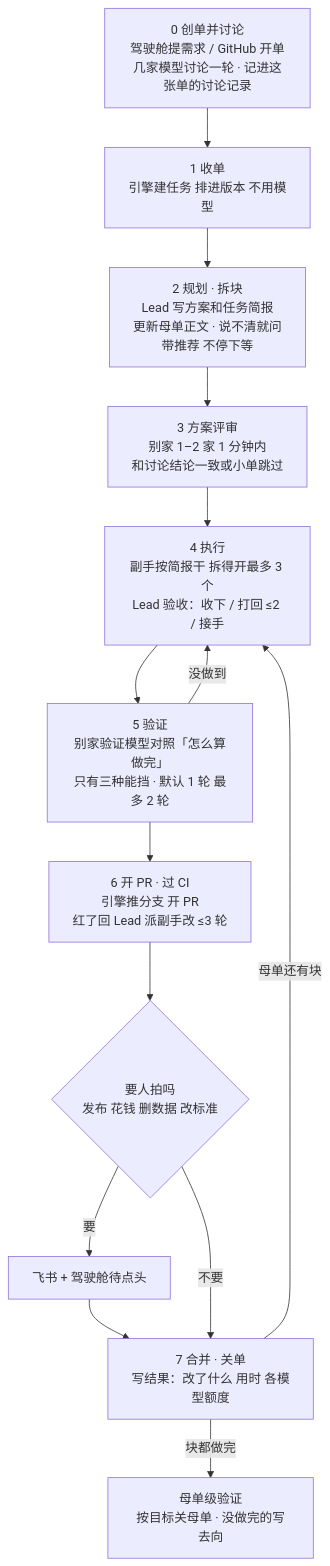
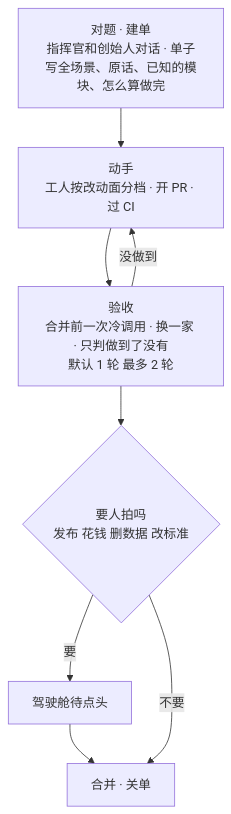
One commit to thoerwink8/fleet-dao changed the second of 2 diagrams in docs/design.md. Above: the diagram before and after it, drawn with Mermaid. The commit also changed other lines of this file and 25 other files, not shown here.

Commit message:
P9 文档减法：删 goals 要删的与附、design 决定索引与存根、ops WSL 节、writing.md、界面截图、五份旧进度，旧口径改现行，死指针改掉，因这些文字让会话读到已删的机制

````diff
--- a/docs/design.md
+++ b/docs/design.md
@@ -185,15 +144,9 @@
 ```mermaid
 flowchart TD
-  N[0 创单并讨论<br/>驾驶舱提需求 / GitHub 开单<br/>几家模型讨论一轮 · 记进这张单的讨论记录] --> R[1 收单<br/>引擎建任务 排进版本 不用模型]
-  R --> P[2 规划 · 拆块<br/>Lead 写方案和任务简报<br/>更新母单正文 · 说不清就问<br/>带推荐 不停下等]
-  P --> RV[3 方案评审<br/>别家 1–2 家 1 分钟内<br/>和讨论结论一致或小单跳过]
-  RV --> X[4 执行<br/>副手按简报干 拆得开最多 3 个<br/>Lead 验收：收下 / 打回 ≤2 / 接手]
-  X --> V[5 验证<br/>别家验证模型对照「怎么算做完」<br/>只有三种能挡 · 默认 1 轮 最多 2 轮]
-  V -- 没做到 --> X
-  V --> PR[6 开 PR · 过 CI<br/>引擎推分支 开 PR<br/>红了回 Lead 派副手改 ≤3 轮]
-  PR --> G{要人拍吗<br/>发布 花钱 删数据 改标准}
-  G -- 要 --> HN[飞书 + 驾驶舱待点头] --> M
-  G -- 不要 --> M[7 合并 · 关单<br/>写结果：改了什么 用时 各模型额度]
-  M -- 母单还有块 --> X
-  M -- 块都做完 --> MV[母单级验证<br/>按目标关母单 · 没做完的写去向]
+  D[对题 · 建单<br/>指挥官和创始人对话 · 单子写全场景、原话、已知的模块、怎么算做完] --> W[动手<br/>工人按改动面分档 · 开 PR · 过 CI]
+  W --> V[验收<br/>合并前一次冷调用 · 换一家 · 只判做到了没有<br/>默认 1 轮 最多 2 轮]
+  V -- 没做到 --> W
+  V --> G{要人拍吗<br/>发布 花钱 删数据 改标准}
+  G -- 要 --> HN[驾驶舱待点头] --> M
+  G -- 不要 --> M[合并 · 关单]
 ```
````
